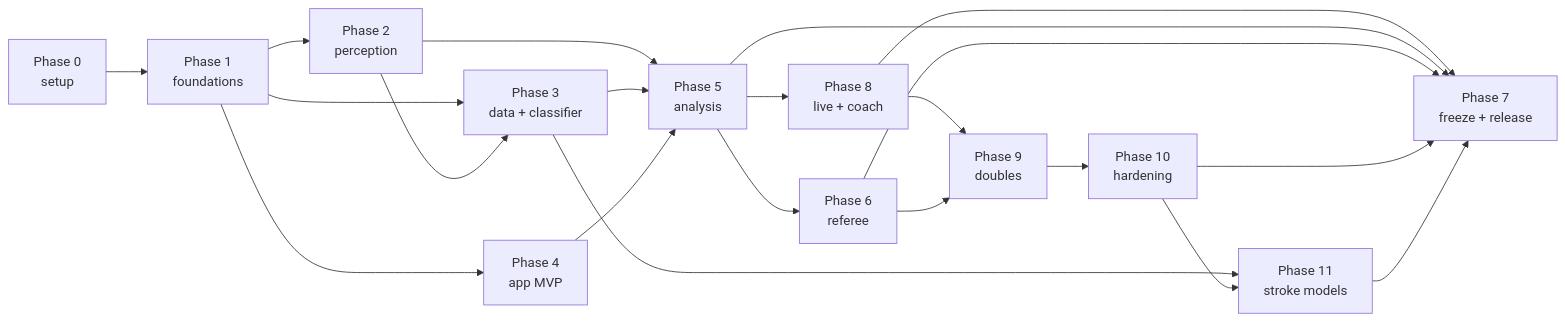
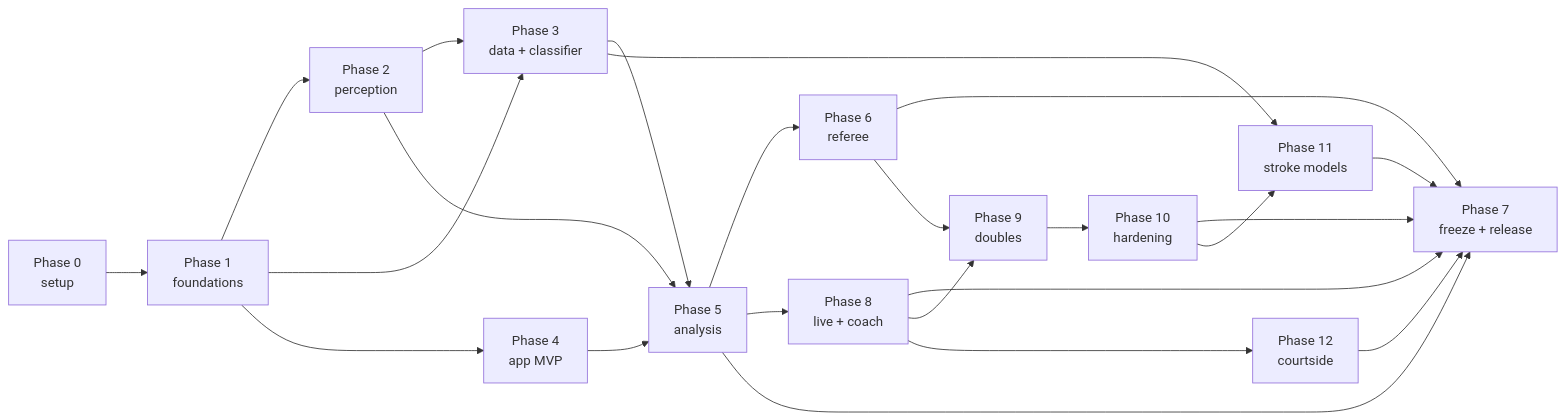
One commit to Mist10148/ShuttleSense changed the second of 3 diagrams in docs/PHASES.md. Above: the diagram before and after it, drawn with Mermaid. The commit also changed other lines of this file and 7 other files, not shown here.

First line of the commit message:
docs: Phase 12 courtside referee and coach, task plan and step notes (T12.8)

````diff
--- a/docs/PHASES.md
+++ b/docs/PHASES.md
@@ -90,23 +92,25 @@
 ```mermaid
 flowchart LR
     P0[Phase 0<br/>setup] --> P1[Phase 1<br/>foundations]
     P1 --> P2[Phase 2<br/>perception]
     P1 --> P3[Phase 3<br/>data + classifier]
     P1 --> P4[Phase 4<br/>app MVP]
     P2 --> P3
     P2 --> P5[Phase 5<br/>analysis]
     P3 --> P5
     P4 --> P5
     P5 --> P6[Phase 6<br/>referee]
     P5 --> P8[Phase 8<br/>live + coach]
     P8 --> P7
     P5 --> P7[Phase 7<br/>freeze + release]
     P6 --> P7
     P8 --> P9[Phase 9<br/>doubles]
     P6 --> P9
     P9 --> P10[Phase 10<br/>hardening]
     P10 --> P7
     P3 --> P11[Phase 11<br/>stroke models]
     P10 --> P11
     P11 --> P7
+    P8 --> P12[Phase 12<br/>courtside]
+    P12 --> P7
 ```
````
